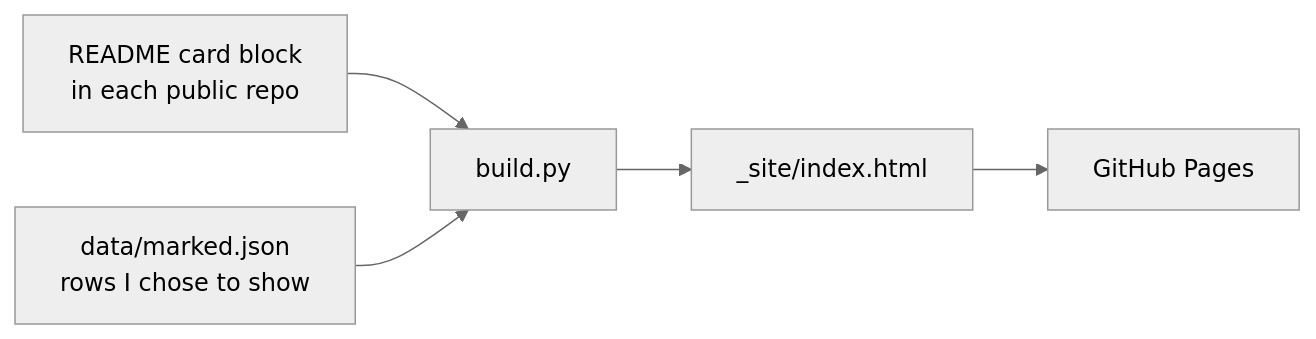
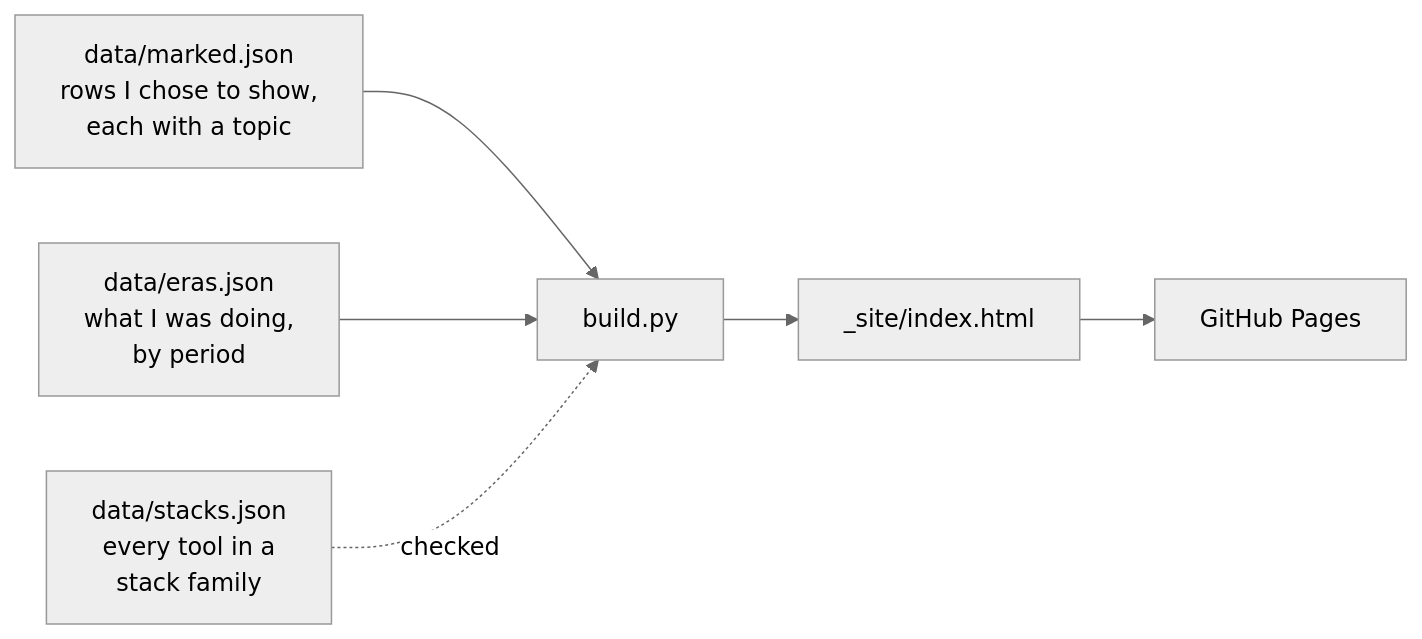
One commit to bnitech-lab/bnitech-lab.github.io changed the diagram in README.md. Above: the diagram before and after it, drawn with Mermaid (neutral theme). The commit also changed other lines of this file and 7 other files, not shown here.

````diff
--- a/README.md
+++ b/README.md
@@ -11,7 +11,8 @@
 ```mermaid
 flowchart LR
-    R["README card block<br/>in each public repo"] --> B["build.py"]
-    M["data/marked.json<br/>rows I chose to show"] --> B
+    M["data/marked.json<br/>rows I chose to show,<br/>each with a topic"] --> B["build.py"]
+    E["data/eras.json<br/>what I was doing,<br/>by period"] --> B
+    T["data/stacks.json<br/>every tool in a<br/>stack family"] -.->|checked| B
     B --> S["_site/index.html"]
     S --> P["GitHub Pages"]
 ```
````
